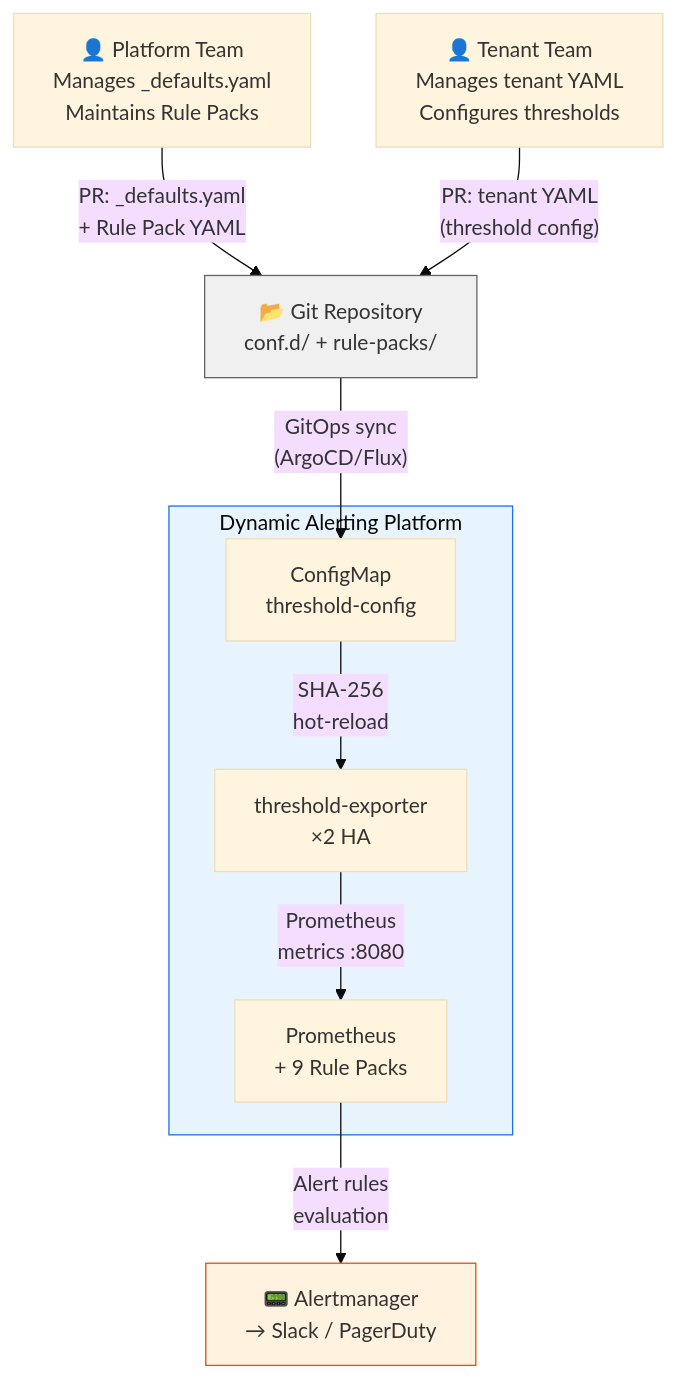
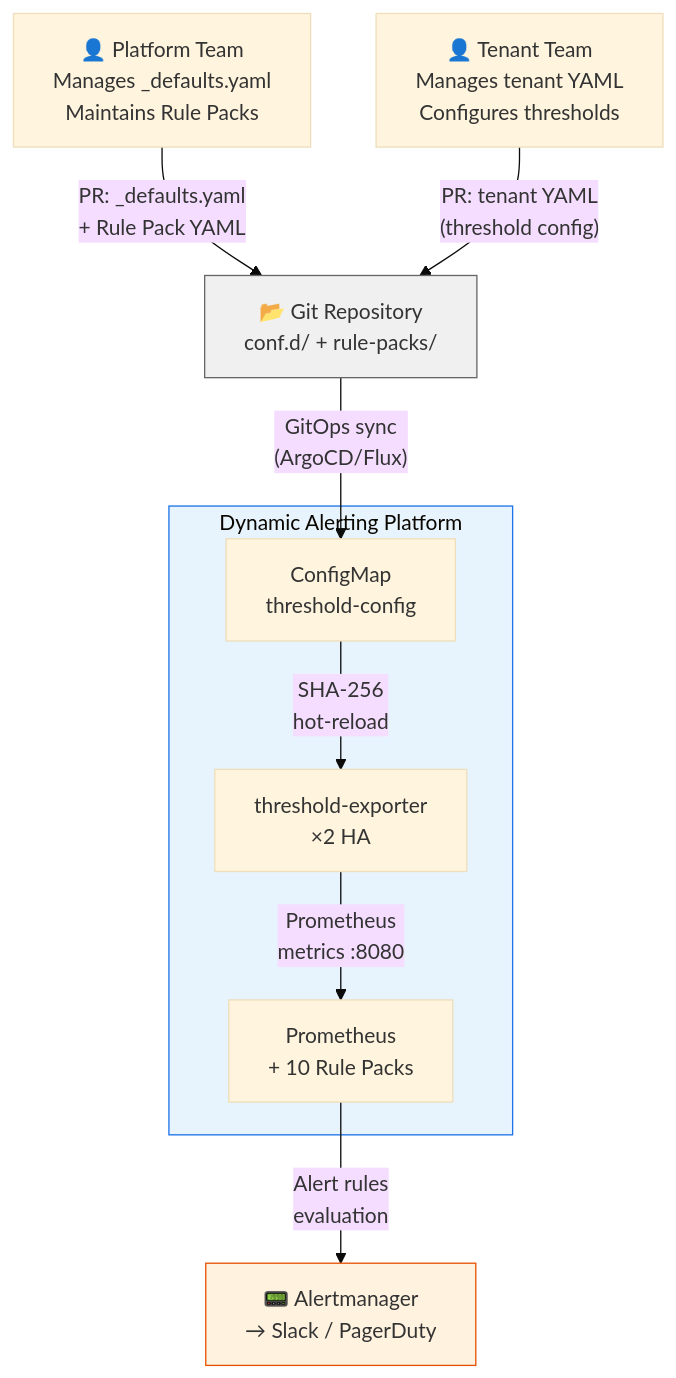
The first of 6 diagrams in docs/architecture-and-design.en.md (vencil/Dynamic-Alerting-Integrations), drawn with Mermaid (base theme) before and after one commit. The commit also changed other lines of this file and 25 other files, not shown here.

````diff
--- a/docs/architecture-and-design.en.md
+++ b/docs/architecture-and-design.en.md
@@ -30,25 +30,25 @@
 ```mermaid
 graph TB
     PT["👤 Platform Team<br/>Manages _defaults.yaml<br/>Maintains Rule Packs"]
     TT["👤 Tenant Team<br/>Manages tenant YAML<br/>Configures thresholds"]
     Git["📂 Git Repository<br/>conf.d/ + rule-packs/"]
 
     subgraph DAP["Dynamic Alerting Platform"]
         TE["threshold-exporter<br/>×2 HA"]
-        PM["Prometheus<br/>+ 9 Rule Packs"]
+        PM["Prometheus<br/>+ 10 Rule Packs"]
         CM["ConfigMap<br/>threshold-config"]
     end
 
     AM["📟 Alertmanager<br/>→ Slack / PagerDuty"]
 
     PT -->|"PR: _defaults.yaml<br/>+ Rule Pack YAML"| Git
     TT -->|"PR: tenant YAML<br/>(threshold config)"| Git
     Git -->|"GitOps sync<br/>(ArgoCD/Flux)"| CM
     CM -->|"SHA-256<br/>hot-reload"| TE
     TE -->|"Prometheus<br/>metrics :8080"| PM
     PM -->|"Alert rules<br/>evaluation"| AM
 
     style DAP fill:#e8f4fd,stroke:#1a73e8
     style Git fill:#f0f0f0,stroke:#666
     style AM fill:#fff3e0,stroke:#e65100
 ```
````
